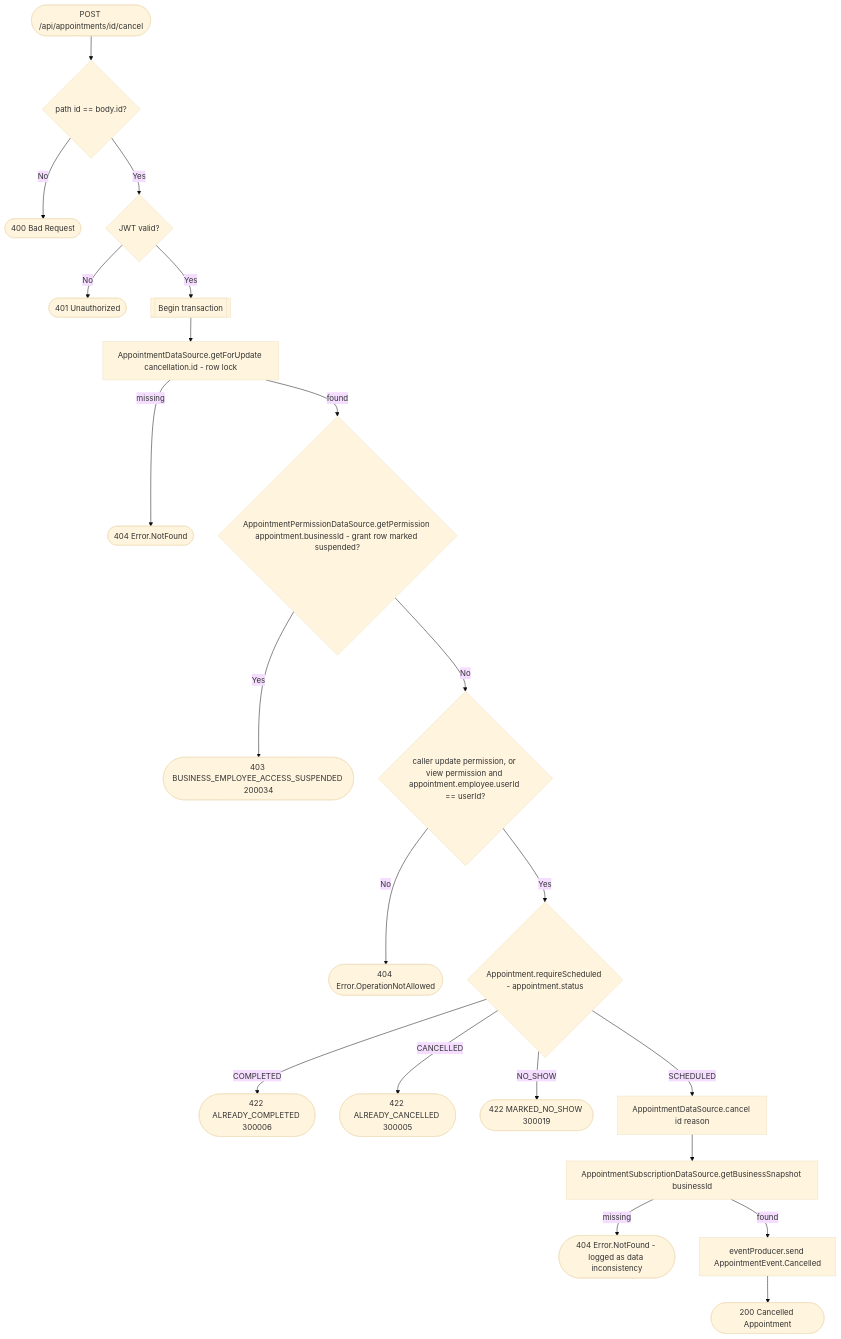
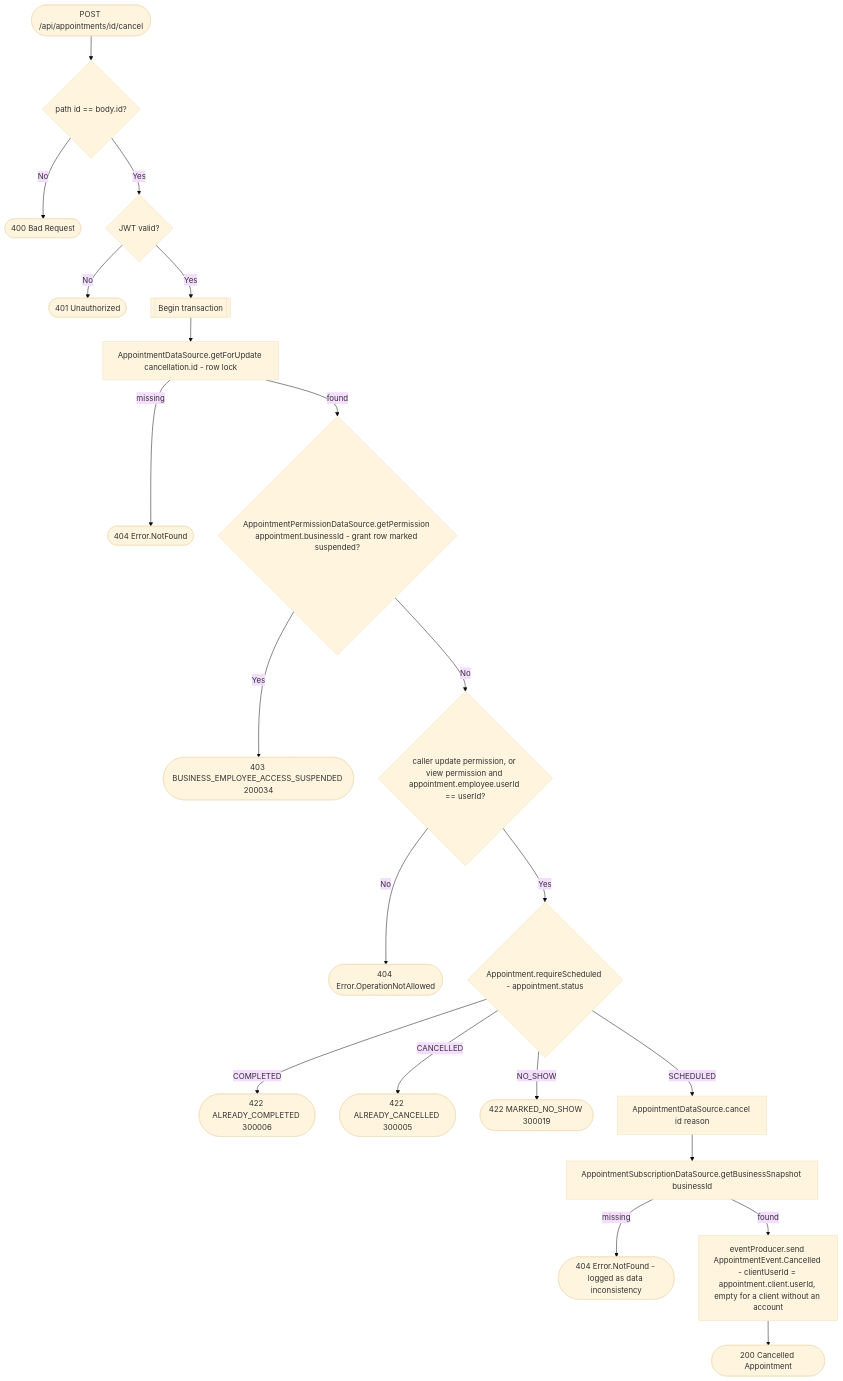
One commit to nocturneproperties/bookkme changed the diagram in docs/operations/appointments/cancel-appointment.md. Above: the diagram before and after it, drawn with Mermaid (base theme). The commit also changed 90 other files, not shown here.

````diff
--- a/docs/operations/appointments/cancel-appointment.md
+++ b/docs/operations/appointments/cancel-appointment.md
@@ -14,23 +14,23 @@
 ```mermaid
 flowchart TD
     Start([POST /api/appointments/id/cancel]) --> PathCheck{path id == body.id?}
     PathCheck -- No --> R400([400 Bad Request])
     PathCheck -- Yes --> Auth{JWT valid?}
     Auth -- No --> R401([401 Unauthorized])
     Auth -- Yes --> Tx[[Begin transaction]]
     Tx --> Get[AppointmentDataSource.getForUpdate cancellation.id - row lock]
     Get -- missing --> R404n([404 Error.NotFound])
     Get -- found --> Suspended{AppointmentPermissionDataSource.getPermission appointment.businessId - grant row marked suspended?}
     Suspended -- Yes --> R403s([403 BUSINESS_EMPLOYEE_ACCESS_SUSPENDED 200034])
     Suspended -- No --> Perm{caller update permission, or view permission and appointment.employee.userId == userId?}
     Perm -- No --> R404a([404 Error.OperationNotAllowed])
     Perm -- Yes --> Status{Appointment.requireScheduled - appointment.status}
     Status -- COMPLETED --> R422a([422 ALREADY_COMPLETED 300006])
     Status -- CANCELLED --> R422b([422 ALREADY_CANCELLED 300005])
     Status -- NO_SHOW --> R422c([422 MARKED_NO_SHOW 300019])
     Status -- SCHEDULED --> Cancel[AppointmentDataSource.cancel id reason]
     Cancel --> Snapshot[AppointmentSubscriptionDataSource.getBusinessSnapshot businessId]
     Snapshot -- missing --> R404b([404 Error.NotFound - logged as data inconsistency])
-    Snapshot -- found --> Event[eventProducer.send AppointmentEvent.Cancelled]
+    Snapshot -- found --> Event["eventProducer.send AppointmentEvent.Cancelled - clientUserId = appointment.client.userId, empty for a client without an account"]
     Event --> R200([200 Cancelled Appointment])
 ```
````
